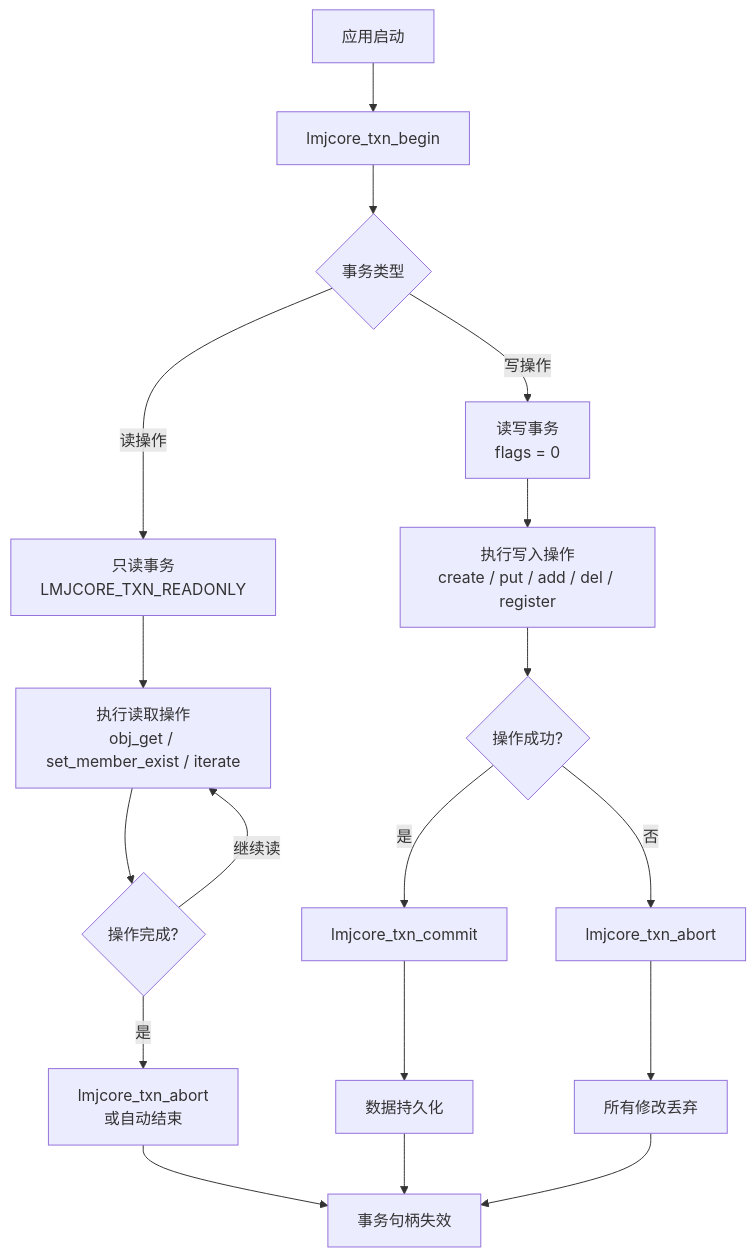
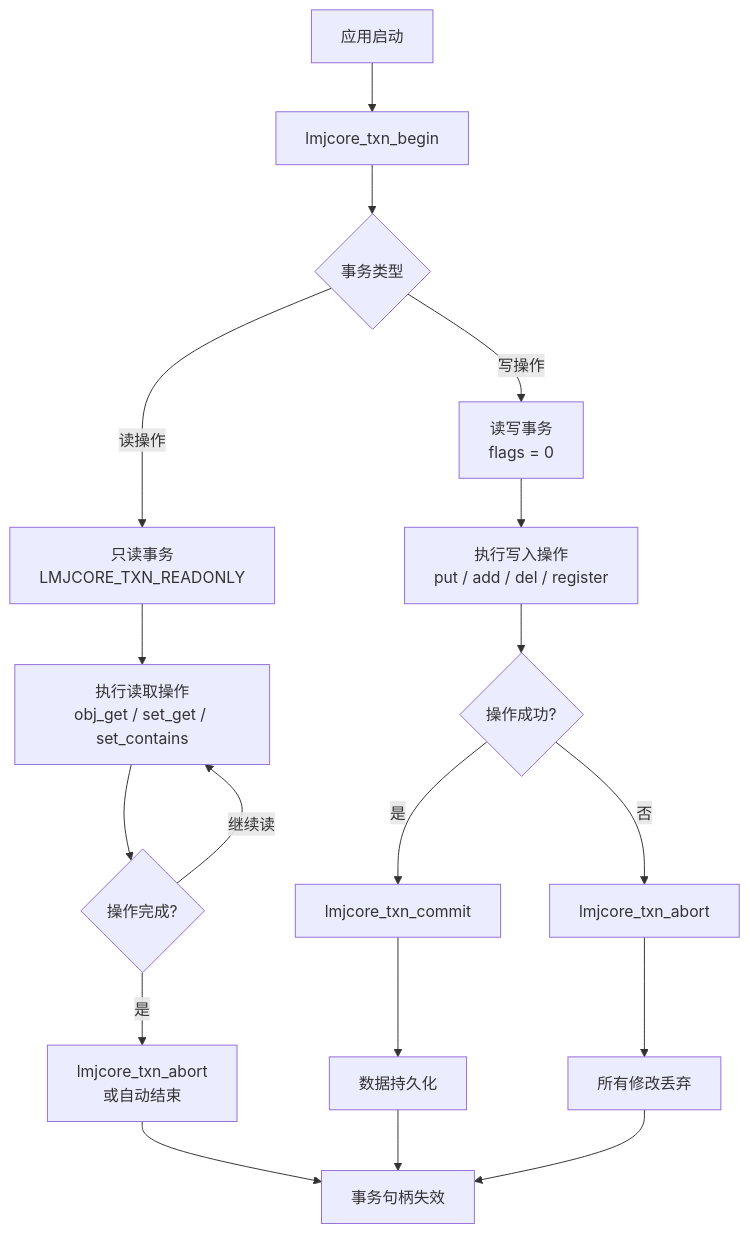
The diagram in doc/core/LMJCore 事务模型.md (QiDream-hub/LMJCore), drawn with Mermaid before and after one commit. The commit also changed other lines of this file and 16 other files, not shown here.

````diff
--- a/doc/core/LMJCore 事务模型.md
+++ b/doc/core/LMJCore 事务模型.md
@@ -22,24 +22,24 @@
 ```mermaid
 flowchart TD
     A[应用启动] --> B[lmjcore_txn_begin]
     B --> C{事务类型}
     C -->|读操作| D[只读事务<br>LMJCORE_TXN_READONLY]
     C -->|写操作| E[读写事务<br>flags = 0]
     
-    D --> F[执行读取操作<br>obj_get / set_member_exist / iterate]
+    D --> F[执行读取操作<br>obj_get / set_get / set_contains]
     F --> G{操作完成?}
     G -->|是| H[lmjcore_txn_abort<br>或自动结束]
     G -->|继续读| F
     
-    E --> I[执行写入操作<br>create / put / add / del / register]
+    E --> I[执行写入操作<br>put / add / del / register]
     I --> J{操作成功?}
     J -->|是| K[lmjcore_txn_commit]
     J -->|否| L[lmjcore_txn_abort]
     
     K --> M[数据持久化]
     L --> N[所有修改丢弃]
     
     H --> O[事务句柄失效]
     M --> O
     N --> O
 ```
````
